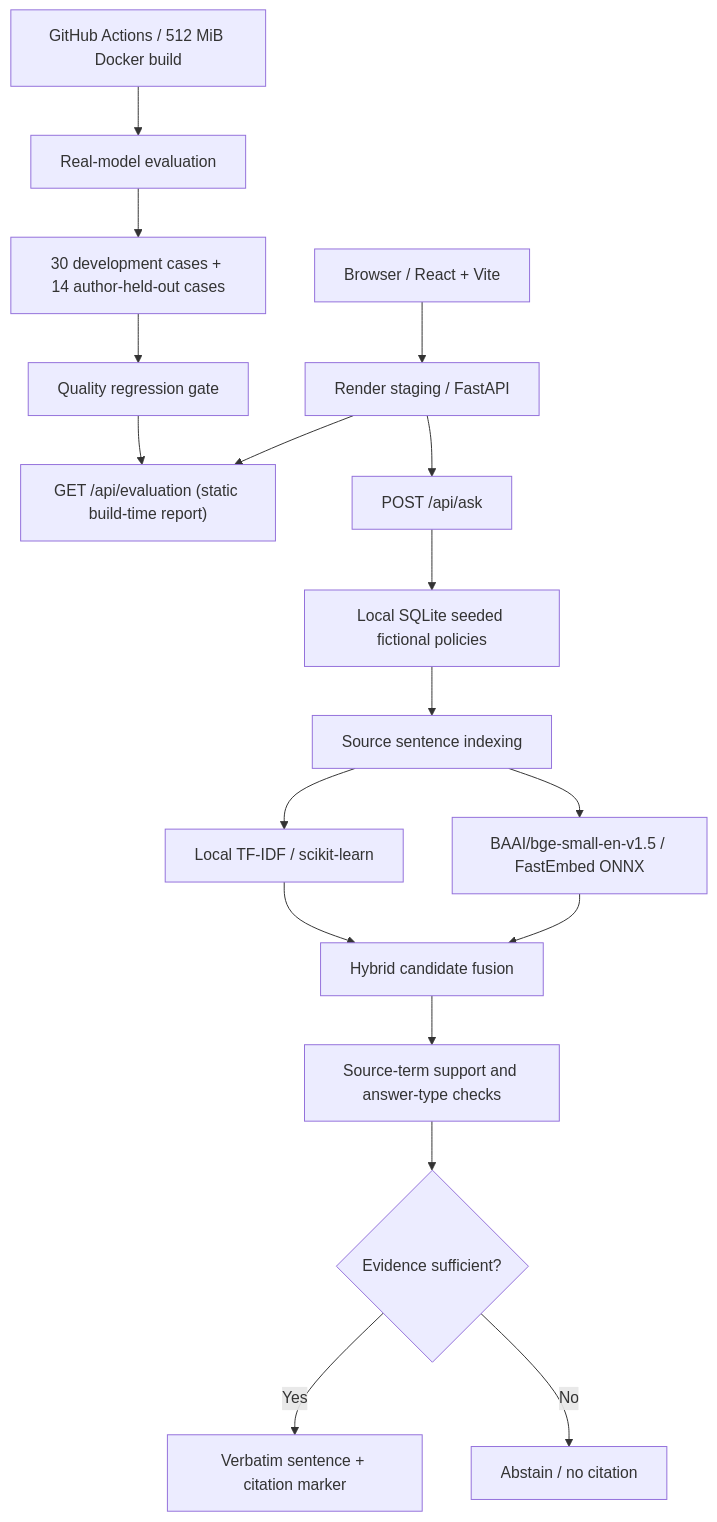
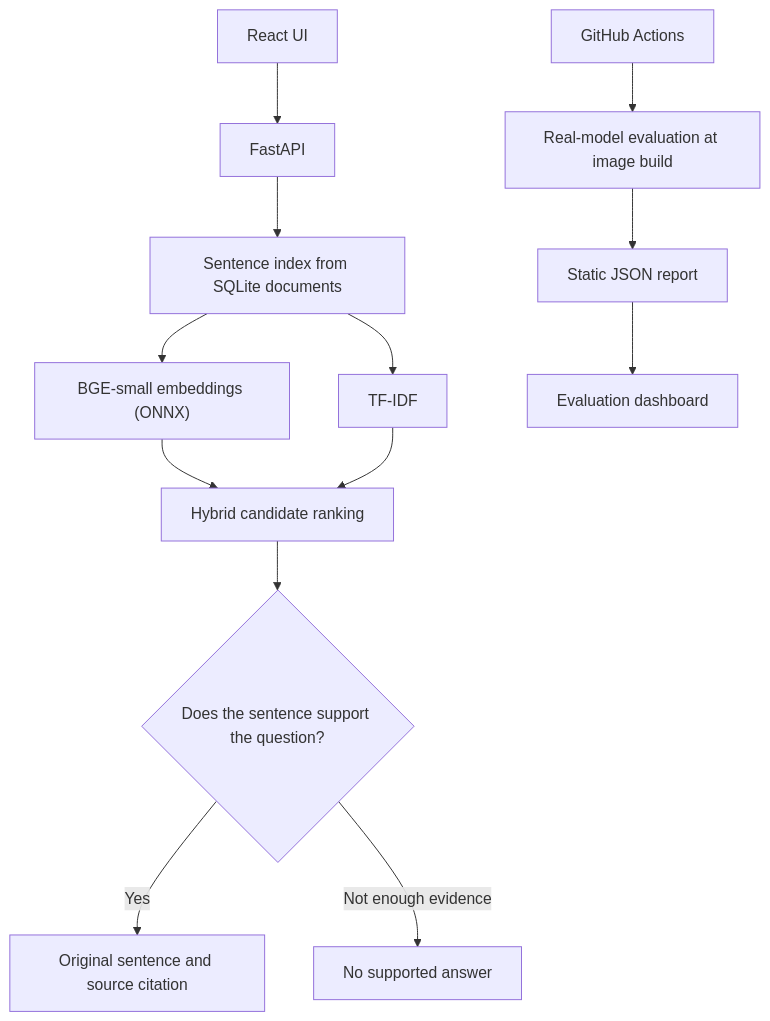
One commit to charithreddy9/EvidenceDesk-AI changed the diagram in ARCHITECTURE.md. Above: the diagram before and after it, drawn with Mermaid. The commit also changed other lines of this file, not shown here.

Commit message:
docs(staging): use natural developer voice and concrete project trade-offs

````diff
--- a/ARCHITECTURE.md
+++ b/ARCHITECTURE.md
@@ -5,20 +5,15 @@
 ```mermaid
 flowchart TD
-    A["Browser / React + Vite"] --> B["Render staging / FastAPI"]
-    B --> C["GET /api/evaluation (static build-time report)"]
-    B --> D["POST /api/ask"]
-    D --> E["Local SQLite seeded fictional policies"]
-    E --> F["Source sentence indexing"]
-    F --> G["BAAI/bge-small-en-v1.5 / FastEmbed ONNX"]
-    F --> H["Local TF-IDF / scikit-learn"]
-    G --> I["Hybrid candidate fusion"]
-    H --> I
-    I --> J["Source-term support and answer-type checks"]
-    J --> K{"Evidence sufficient?"}
-    K -->|Yes| L["Verbatim sentence + citation marker"]
-    K -->|No| M["Abstain / no citation"]
-    N["GitHub Actions / 512 MiB Docker build"] --> O["Real-model evaluation"]
-    O --> P["30 development cases + 14 author-held-out cases"]
-    P --> Q["Quality regression gate"]
-    Q --> C
+  UI["React UI"] --> API["FastAPI"]
+  API --> IDX["Sentence index from SQLite documents"]
+  IDX --> BGE["BGE-small embeddings (ONNX)"]
+  IDX --> TF["TF-IDF"]
+  BGE --> F["Hybrid candidate ranking"]
+  TF --> F
+  F --> G{"Does the sentence support the question?"}
+  G -->|Yes| ANSWER["Original sentence and source citation"]
+  G -->|Not enough evidence| ABSTAIN["No supported answer"]
+  CI["GitHub Actions"] --> EVAL["Real-model evaluation at image build"]
+  EVAL --> SNAP["Static JSON report"]
+  SNAP --> DASH["Evaluation dashboard"]
 ```
````
